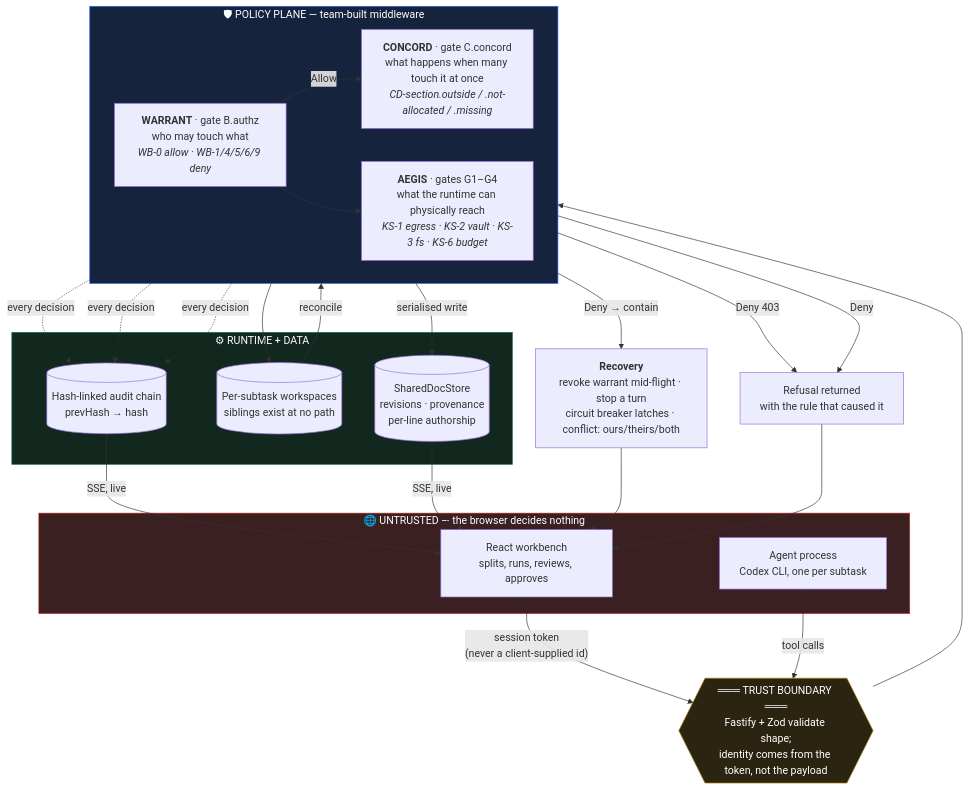
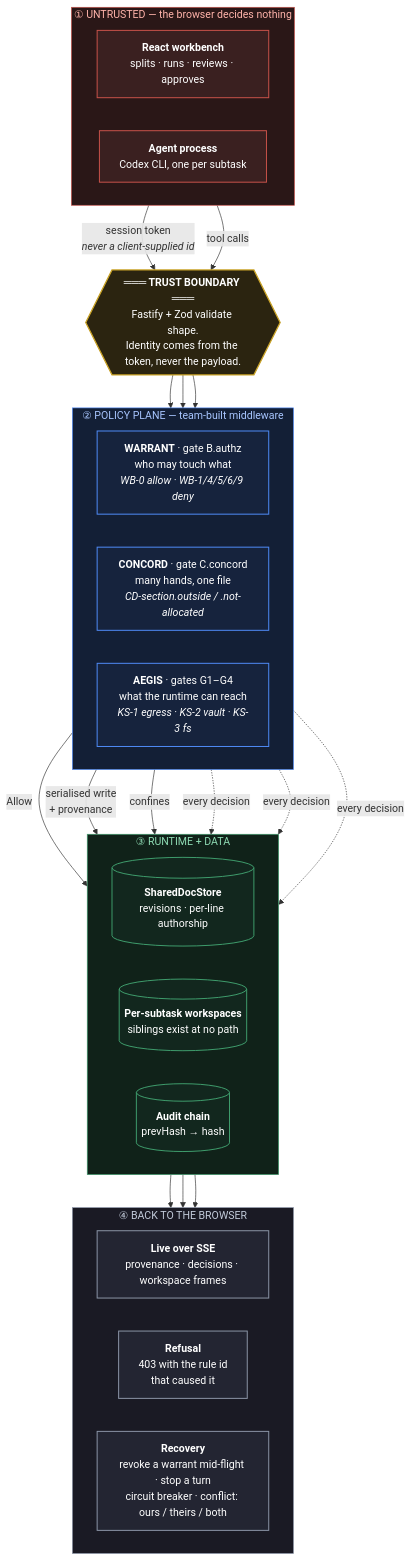
The diagram in architecture_Diagram.md (zektron001/PleaseHireMe), drawn with Mermaid before and after one commit. The commit also changed other lines of this file and 4 other files, not shown here.

First line of the commit message:
docs: lay the architecture out as four layers, and ship it as an image

````diff
--- a/architecture_Diagram.md
+++ b/architecture_Diagram.md
@@ -7,54 +10,67 @@
 ```mermaid
 flowchart TB
-    subgraph UNTRUSTED["🌐 UNTRUSTED — the browser decides nothing"]
-        UI["React workbench<br/>splits, runs, reviews, approves"]
-        AG["Agent process<br/>Codex CLI, one per subtask"]
+    subgraph L1["① UNTRUSTED — the browser decides nothing"]
+        direction LR
+        UI["<b>React workbench</b><br/>splits · runs · reviews · approves"]
+        AG["<b>Agent process</b><br/>Codex CLI, one per subtask"]
     end
 
-    UI -->|"session token<br/>(never a client-supplied id)"| BOUND
-    AG -->|"tool calls"| BOUND
+    UI -- "session token<br/><i>never a client-supplied id</i>" --> BOUND
+    AG -- "tool calls" --> BOUND
 
-    BOUND{{"═══ TRUST BOUNDARY ═══<br/>Fastify + Zod validate shape;<br/>identity comes from the token, not the payload"}}
+    BOUND{{"<b>═══ TRUST BOUNDARY ═══</b><br/>Fastify + Zod validate shape.<br/>Identity comes from the token, never the payload."}}
 
-    subgraph POLICY["🛡 POLICY PLANE — team-built middleware"]
+    BOUND --> W
+    BOUND --> C
+    BOUND --> A
+
+    subgraph L3["② POLICY PLANE — team-built middleware"]
         direction LR
         W["<b>WARRANT</b> · gate B.authz<br/>who may touch what<br/><i>WB-0 allow · WB-1/4/5/6/9 deny</i>"]
-        C["<b>CONCORD</b> · gate C.concord<br/>what happens when many touch it at once<br/><i>CD-section.outside / .not-allocated / .missing</i>"]
-        A["<b>AEGIS</b> · gates G1–G4<br/>what the runtime can physically reach<br/><i>KS-1 egress · KS-2 vault · KS-3 fs · KS-6 budget</i>"]
+        C["<b>CONCORD</b> · gate C.concord<br/>many hands, one file<br/><i>CD-section.outside / .not-allocated</i>"]
+        A["<b>AEGIS</b> · gates G1–G4<br/>what the runtime can reach<br/><i>KS-1 egress · KS-2 vault · KS-3 fs</i>"]
     end
 
-    BOUND --> W
-    W -->|"Allow"| C
-    W -->|"Deny 403"| DENY["Refusal returned<br/>with the rule that caused it"]
-    C -->|"serialised write"| STORE
-    C -->|"Deny"| DENY
-    W --> A
-    A -->|"Deny → contain"| RECOVER
+    W -- "Allow" --> STORE
+    C -- "serialised write<br/>+ provenance" --> STORE
+    A -- "confines" --> WS
 
-    subgraph RUNTIME["⚙ RUNTIME + DATA"]
-        STORE[("SharedDocStore<br/>revisions · provenance<br/>per-line authorship")]
-        WS[("Per-subtask workspaces<br/>siblings exist at no path")]
-        CHAIN[("Hash-linked audit chain<br/>prevHash → hash")]
+    subgraph L4["③ RUNTIME + DATA"]
+        direction LR
+        STORE[("<b>SharedDocStore</b><br/>revisions · per-line authorship")]
+        WS[("<b>Per-subtask workspaces</b><br/>siblings exist at no path")]
+        CHAIN[("<b>Audit chain</b><br/>prevHash → hash")]
     end
 
-    A --> WS
-    WS -->|"reconcile"| C
-    W -.->|"every decision"| CHAIN
-    C -.->|"every decision"| CHAIN
-    A -.->|"every decision"| CHAIN
-    CHAIN -->|"SSE, live"| UI
-    STORE -->|"SSE, live"| UI
+    W -. "every decision" .-> CHAIN
+    C -. "every decision" .-> CHAIN
+    A -. "every decision" .-> CHAIN
 
-    RECOVER["<b>Recovery</b><br/>revoke warrant mid-flight · stop a turn<br/>circuit breaker latches · conflict: ours/theirs/both"]
-    RECOVER --> UI
-    DENY --> UI
+    STORE --> OUT
+    CHAIN --> OUT
+    WS --> OUT
 
-    classDef untrusted fill:#3a2020,stroke:#b3261e,color:#fff
-    classDef policy fill:#16233d,stroke:#2f6df6,color:#fff
-    classDef runtime fill:#12271e,stroke:#16794a,color:#fff
-    classDef bound fill:#2b2410,stroke:#b8860b,color:#fff
-    class UNTRUSTED untrusted
-    class POLICY policy
-    class RUNTIME runtime
+    subgraph L5["④ BACK TO THE BROWSER"]
+        direction LR
+        OUT["<b>Live over SSE</b><br/>provenance · decisions · workspace frames"]
+        DENY["<b>Refusal</b><br/>403 with the rule id<br/>that caused it"]
+        RECOVER["<b>Recovery</b><br/>revoke a warrant mid-flight · stop a turn<br/>circuit breaker · conflict: ours / theirs / both"]
+    end
+
+    style L1 fill:#2a1717,stroke:#c8524a,color:#ffb3aa
+    style L3 fill:#131f36,stroke:#4f8bf7,color:#a8c6ff
+    style L4 fill:#102219,stroke:#3f9d6d,color:#8fdcb4
+    style L5 fill:#1a1a24,stroke:#8b95a7,color:#c3ccdb
+
+    classDef untrusted fill:#3a2020,stroke:#c8524a,color:#fff,stroke-width:1.5px
+    classDef bound fill:#2b2410,stroke:#c9a227,color:#fff,stroke-width:2px
+    classDef plane fill:#16233d,stroke:#4f8bf7,color:#fff,stroke-width:1.5px
+    classDef data fill:#12271e,stroke:#3f9d6d,color:#fff,stroke-width:1.5px
+    classDef out fill:#232532,stroke:#8b95a7,color:#fff,stroke-width:1.5px
+
+    class UI,AG untrusted
     class BOUND bound
+    class W,C,A plane
+    class STORE,WS,CHAIN data
+    class OUT,DENY,RECOVER out
 ```
````
